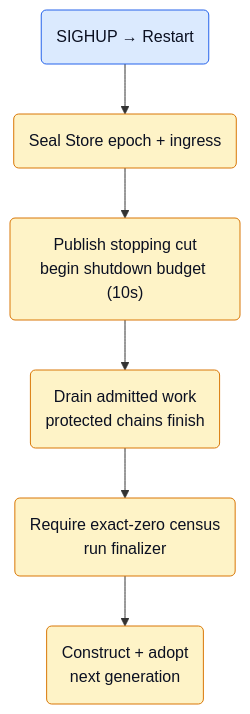
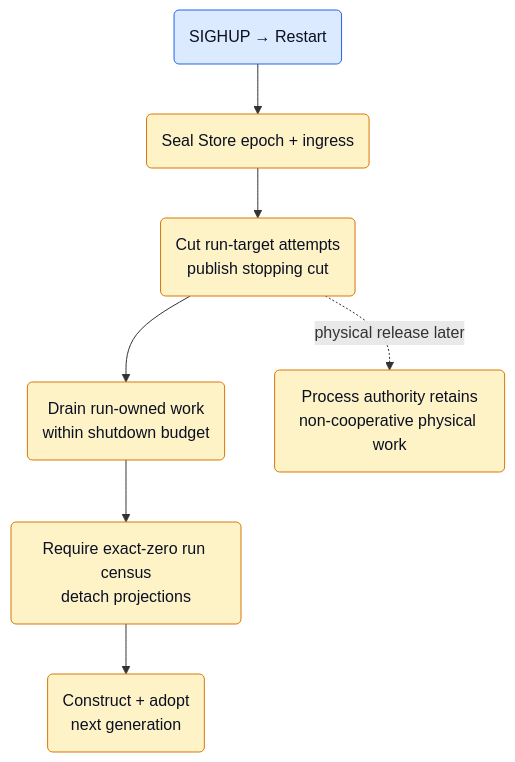
One commit to netdata/netdata changed the sixth of 6 diagrams in src/go/plugin/agent/jobmgr/ARCHITECTURE.md. Above: the diagram before and after it, drawn with Mermaid. The commit also changed other lines of this file and 3 other files, not shown here.

````diff
--- a/src/go/plugin/agent/jobmgr/ARCHITECTURE.md
+++ b/src/go/plugin/agent/jobmgr/ARCHITECTURE.md
@@ -480,16 +562,18 @@
 ```mermaid
 flowchart TD
     HUP("SIGHUP → Restart")
     Seal("Seal Store epoch + ingress")
-    Cut("Publish stopping cut<br/>begin shutdown budget (10s)")
-    Drain("Drain admitted work<br/>protected chains finish")
-    Census("Require exact-zero census<br/>run finalizer")
+    Cut("Cut run-target attempts<br/>publish stopping cut")
+    Drain("Drain run-owned work<br/>within shutdown budget")
+    Census("Require exact-zero run census<br/>detach projections")
     Next("Construct + adopt<br/>next generation")
+    Retained("Process authority retains<br/>non-cooperative physical work")
 
     HUP --> Seal --> Cut --> Drain --> Census --> Next
+    Cut -. "physical release later" .-> Retained
 
     classDef ext fill:#dbeafe,stroke:#2563eb,color:#0b1021;
     classDef core fill:#fef3c7,stroke:#d97706,color:#0b1021;
     class HUP ext;
-    class Seal,Cut,Drain,Census,Next core;
+    class Seal,Cut,Drain,Census,Next,Retained core;
 ```
````
